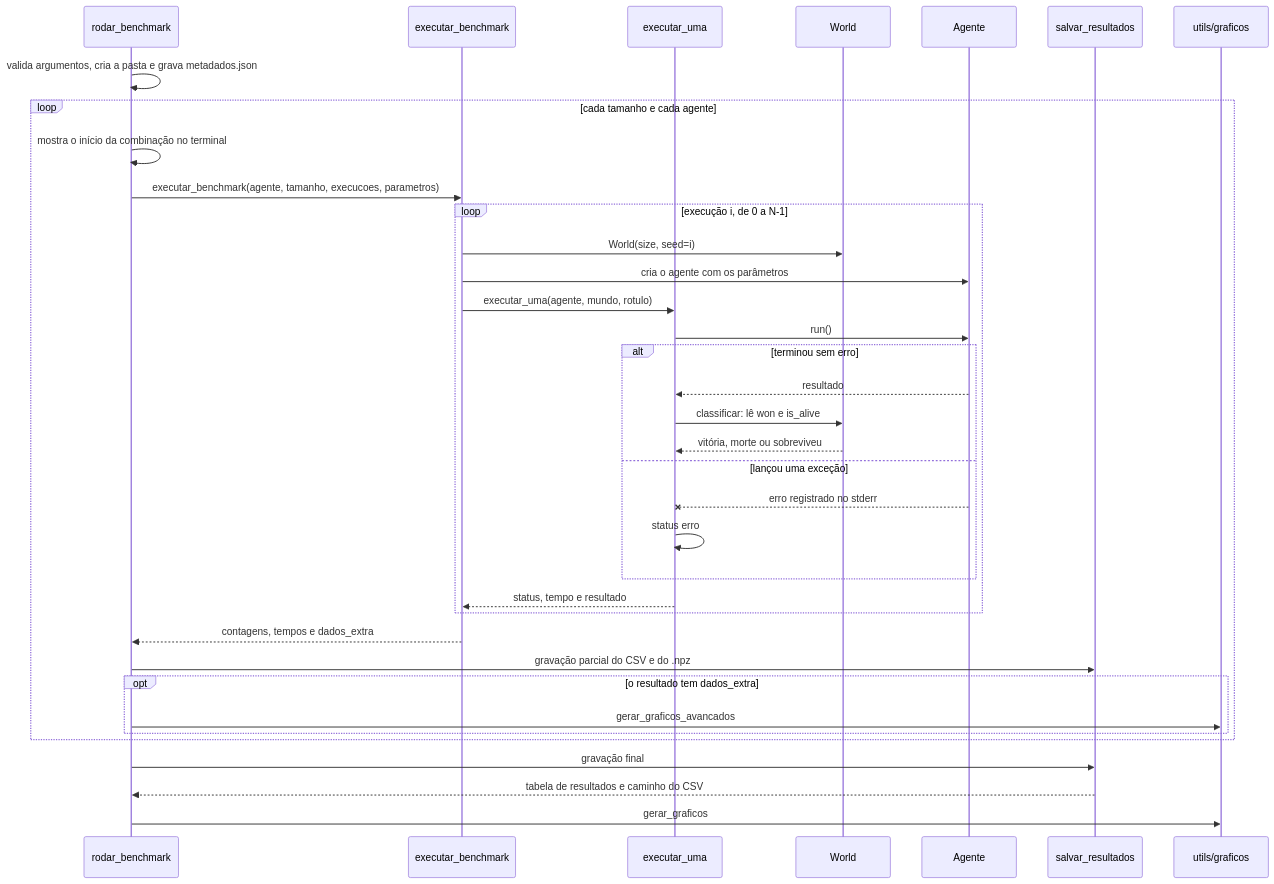
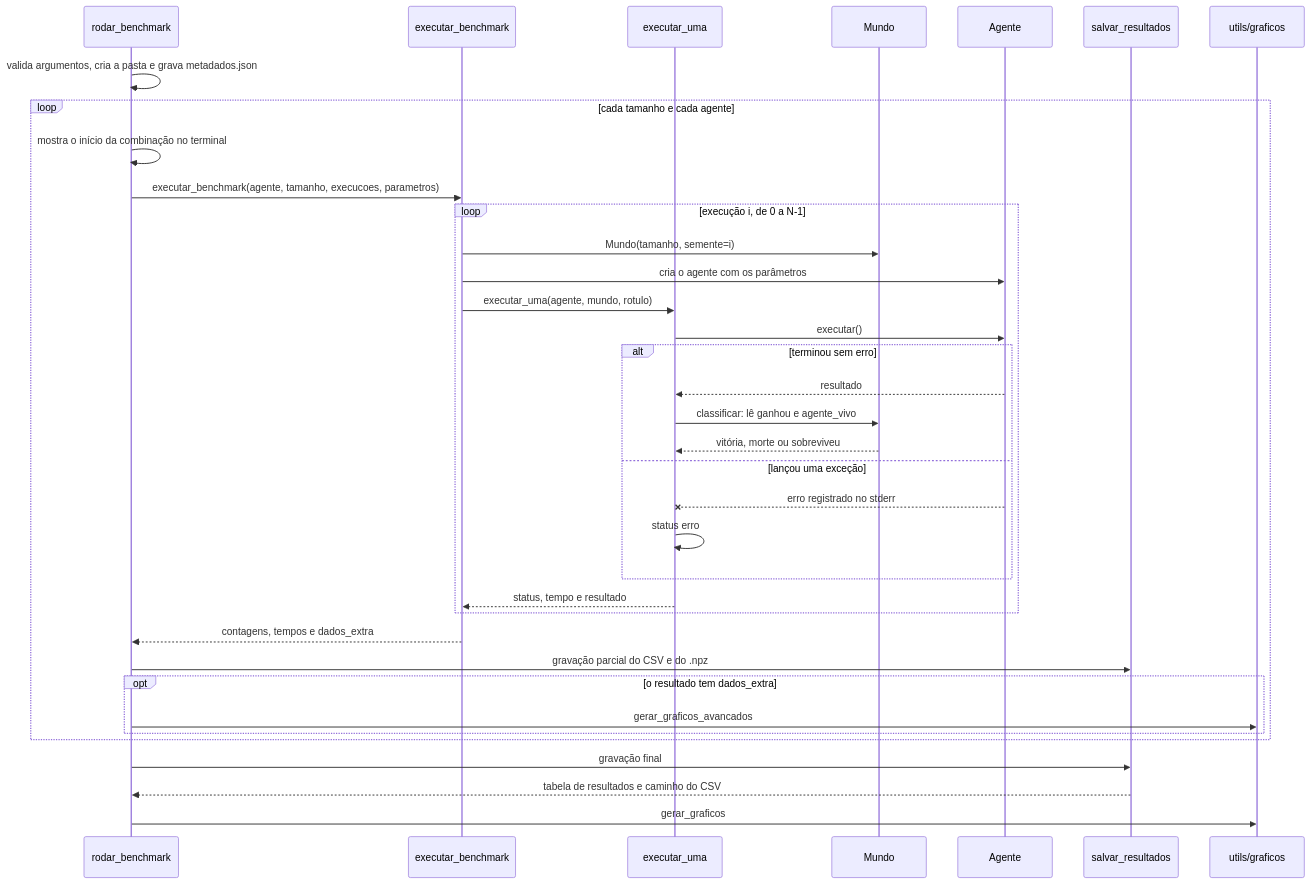
The diagram in docs/arquitetura/sequencia-benchmark.md (ingrid-kiki/wumpus_world_modular), drawn with Mermaid before and after one commit. The commit also changed 14 other files, not shown here.

Commit message:
docs: nomes novos nos diagramas, guias e planos

````diff
--- a/docs/arquitetura/sequencia-benchmark.md
+++ b/docs/arquitetura/sequencia-benchmark.md
@@ -7,41 +7,41 @@
 ```mermaid
 sequenceDiagram
     participant R as rodar_benchmark
     participant B as executar_benchmark
     participant E as executar_uma
-    participant M as World
+    participant M as Mundo
     participant A as Agente
     participant S as salvar_resultados
     participant G as utils/graficos
 
     R->>R: valida argumentos, cria a pasta e grava metadados.json
 
     loop cada tamanho e cada agente
         R->>R: mostra o início da combinação no terminal
         R->>B: executar_benchmark(agente, tamanho, execucoes, parametros)
         loop execução i, de 0 a N-1
-            B->>M: World(size, seed=i)
+            B->>M: Mundo(tamanho, semente=i)
             B->>A: cria o agente com os parâmetros
             B->>E: executar_uma(agente, mundo, rotulo)
-            E->>A: run()
+            E->>A: executar()
             alt terminou sem erro
                 A-->>E: resultado
-                E->>M: classificar: lê won e is_alive
+                E->>M: classificar: lê ganhou e agente_vivo
                 M-->>E: vitória, morte ou sobreviveu
             else lançou uma exceção
                 A--xE: erro registrado no stderr
                 E->>E: status erro
             end
             E-->>B: status, tempo e resultado
         end
         B-->>R: contagens, tempos e dados_extra
         R->>S: gravação parcial do CSV e do .npz
         opt o resultado tem dados_extra
             R->>G: gerar_graficos_avancados
         end
     end
 
     R->>S: gravação final
     S-->>R: tabela de resultados e caminho do CSV
     R->>G: gerar_graficos
 ```
````
